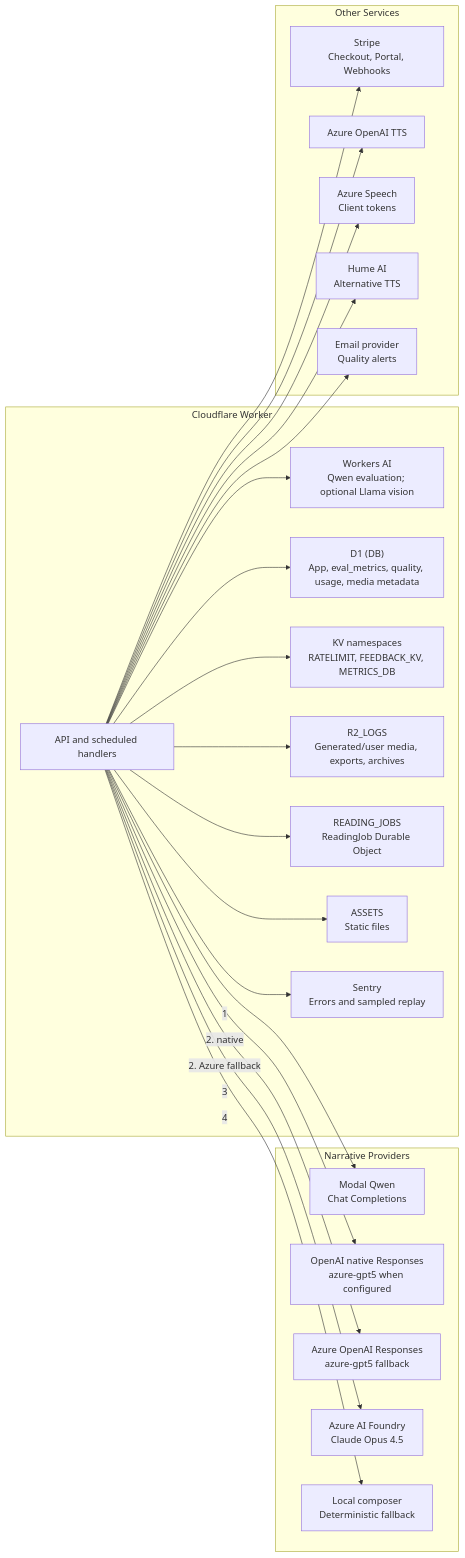
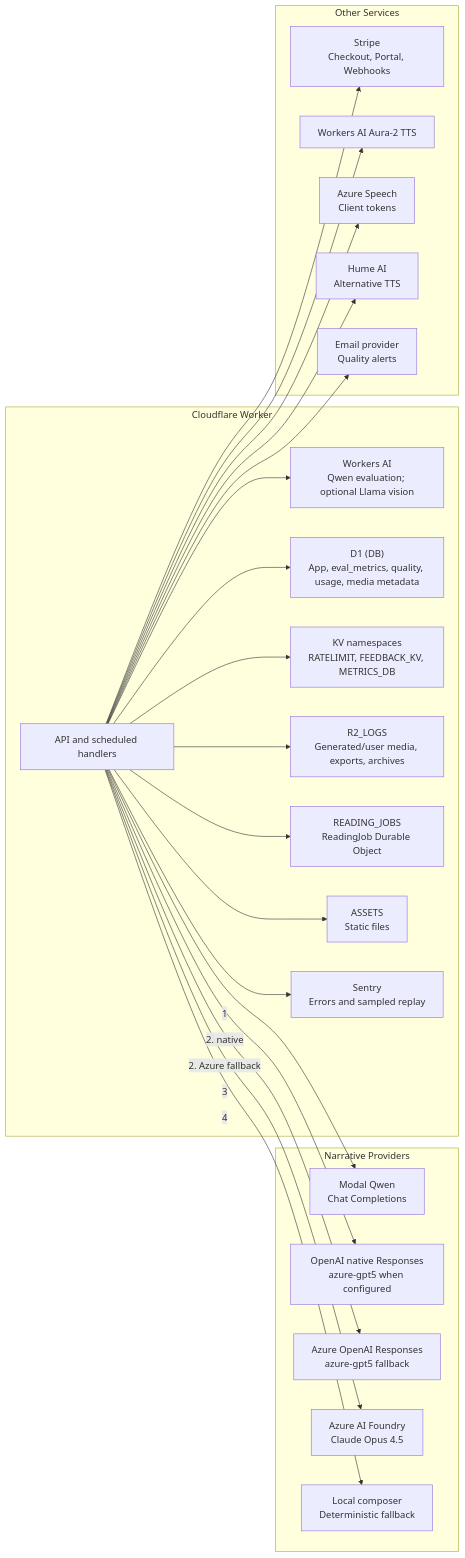
Before and after one commit to henryperkins/tarot: diagram 16 of 17 in docs/architecture/full-system-diagrams.md, drawn with Mermaid. The commit also changed other lines of this file and 24 other files, not shown here.

First line of the commit message:
Move story art and narration from Azure OpenAI to Workers AI

````diff
--- a/docs/architecture/full-system-diagrams.md
+++ b/docs/architecture/full-system-diagrams.md
@@ -737,47 +737,47 @@
 ```mermaid
 graph LR
     subgraph NarrativeProviders["Narrative Providers"]
         Modal["Modal Qwen<br/>Chat Completions"]
         OpenAI["OpenAI native Responses<br/>azure-gpt5 when configured"]
         Azure["Azure OpenAI Responses<br/>azure-gpt5 fallback"]
         Claude["Azure AI Foundry<br/>Claude Opus 4.5"]
         Local["Local composer<br/>Deterministic fallback"]
     end
 
     subgraph Worker["Cloudflare Worker"]
         API["API and scheduled handlers"]
         AI["Workers AI<br/>Qwen evaluation; optional Llama vision"]
         D1["D1 (DB)<br/>App, eval_metrics, quality, usage, media metadata"]
         KV["KV namespaces<br/>RATELIMIT, FEEDBACK_KV, METRICS_DB"]
         R2["R2_LOGS<br/>Generated/user media, exports, archives"]
         DO["READING_JOBS<br/>ReadingJob Durable Object"]
         Assets["ASSETS<br/>Static files"]
         Sentry["Sentry<br/>Errors and sampled replay"]
     end
 
     subgraph OtherServices["Other Services"]
         Stripe["Stripe<br/>Checkout, Portal, Webhooks"]
-        AzureTTS["Azure OpenAI TTS"]
+        AuraTTS["Workers AI Aura-2 TTS"]
         AzureSpeech["Azure Speech<br/>Client tokens"]
         Hume["Hume AI<br/>Alternative TTS"]
         Email["Email provider<br/>Quality alerts"]
     end
 
     API -->|1| Modal
     API -->|2. native| OpenAI
     API -->|2. Azure fallback| Azure
     API -->|3| Claude
     API -->|4| Local
     API --> AI
     API --> D1
     API --> KV
     API --> R2
     API --> DO
     API --> Assets
     API --> Sentry
     API --> Stripe
-    API --> AzureTTS
+    API --> AuraTTS
     API --> AzureSpeech
     API --> Hume
     API --> Email
 ```
````
